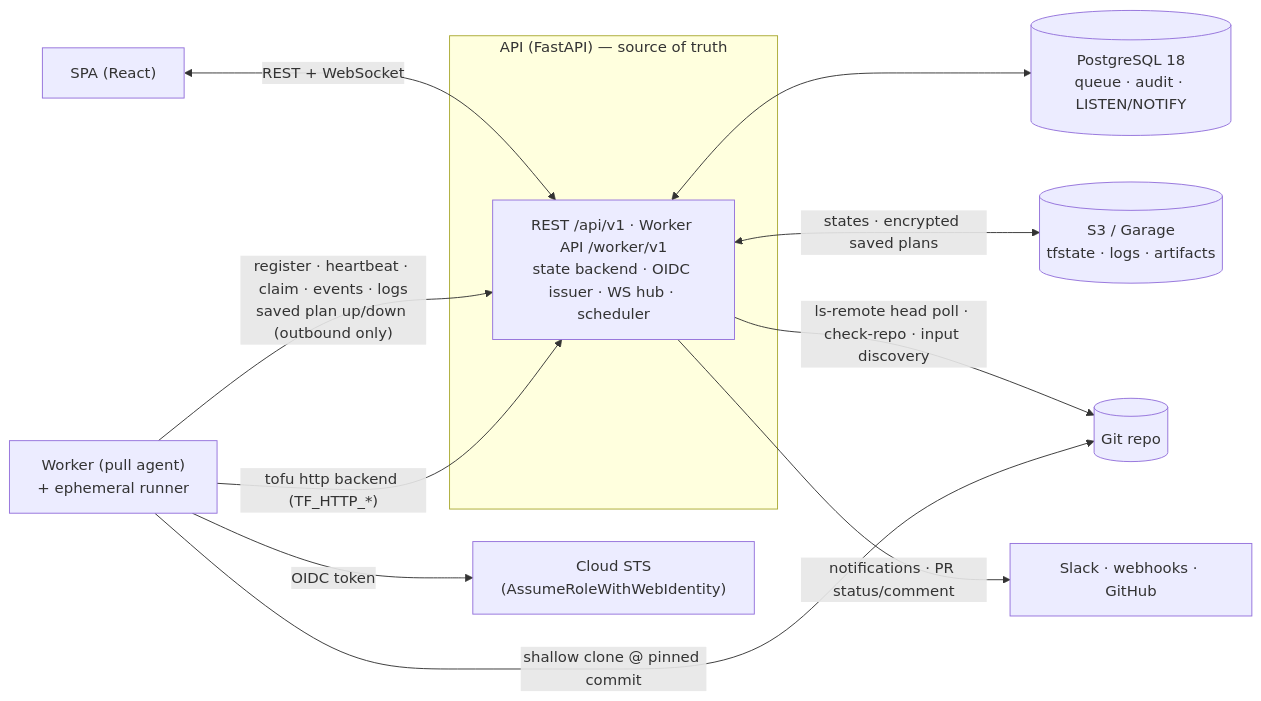
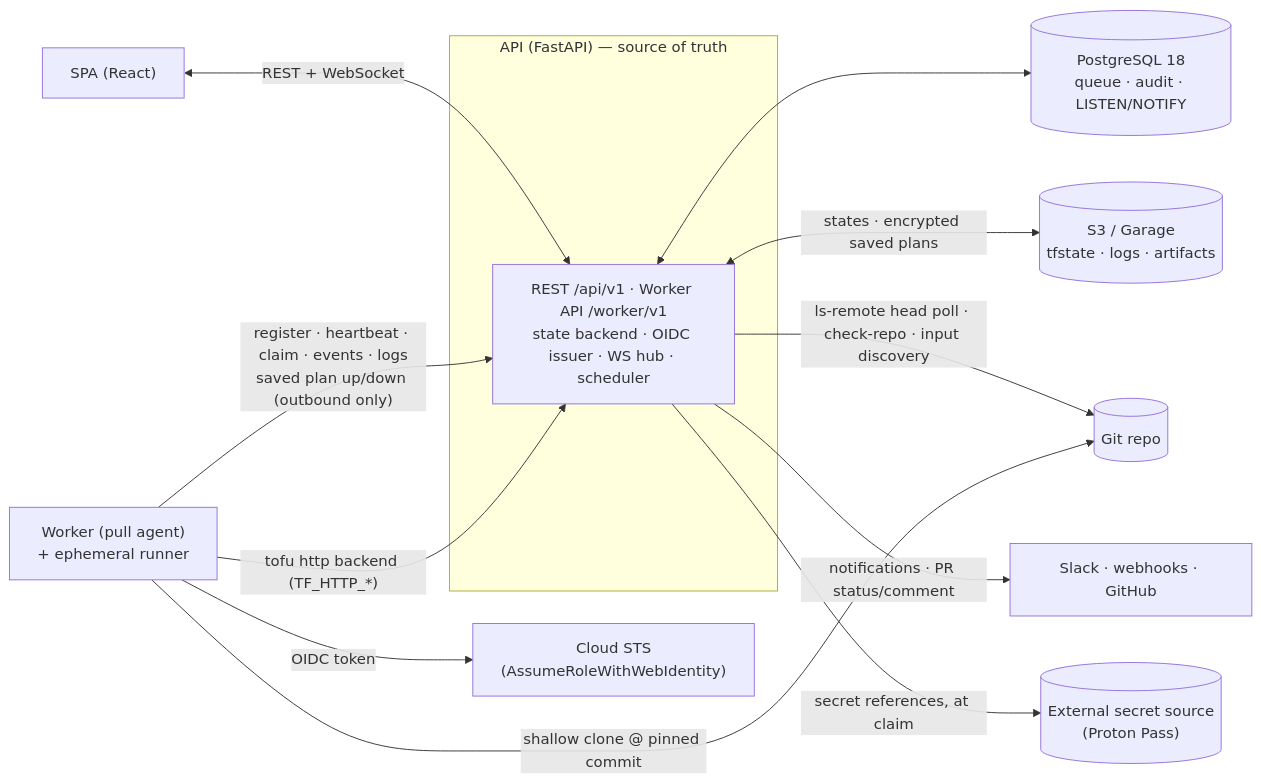
One commit to fmiquel90/stackd changed the first of 6 diagrams in docs/ARCHITECTURE.md. Above: the diagram before and after it, drawn with Mermaid. The commit also changed other lines of this file and 13 other files, not shown here.

````diff
--- a/docs/ARCHITECTURE.md
+++ b/docs/ARCHITECTURE.md
@@ -12,24 +12,26 @@
 ```mermaid
 flowchart LR
     Browser["SPA (React)"]
     subgraph api_box["API (FastAPI) — source of truth"]
       API["REST /api/v1 · Worker API /worker/v1<br/>state backend · OIDC issuer · WS hub · scheduler"]
     end
     PG[("PostgreSQL 18<br/>queue · audit · LISTEN/NOTIFY")]
     S3[("S3 / Garage<br/>tfstate · logs · artifacts")]
     Worker["Worker (pull agent)<br/>+ ephemeral runner"]
     Git[("Git repo")]
     STS["Cloud STS<br/>(AssumeRoleWithWebIdentity)"]
 
     Hooks["Slack · webhooks · GitHub"]
+    Secrets[("External secret source<br/>(Proton Pass)")]
 
     Browser <-->|"REST + WebSocket"| API
     API <--> PG
     API <-->|"states · encrypted saved plans"| S3
     API -->|"ls-remote head poll · check-repo · input discovery"| Git
     API -->|"notifications · PR status/comment"| Hooks
+    API -->|"secret references, at claim"| Secrets
     Worker -->|"register · heartbeat · claim · events · logs<br/>saved plan up/down (outbound only)"| API
     Worker -->|"shallow clone @ pinned commit"| Git
     Worker -->|"tofu http backend (TF_HTTP_*)"| API
     Worker -->|"OIDC token"| STS
 ```
````
